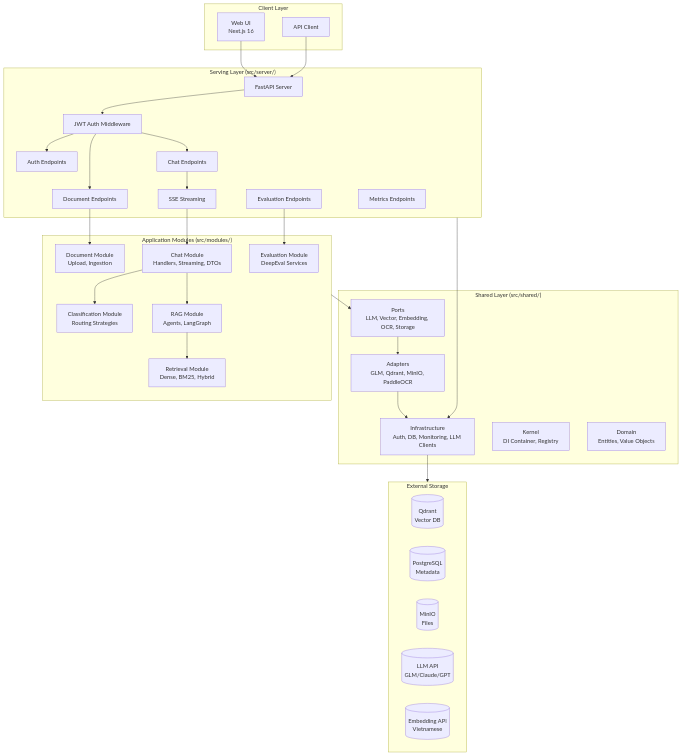
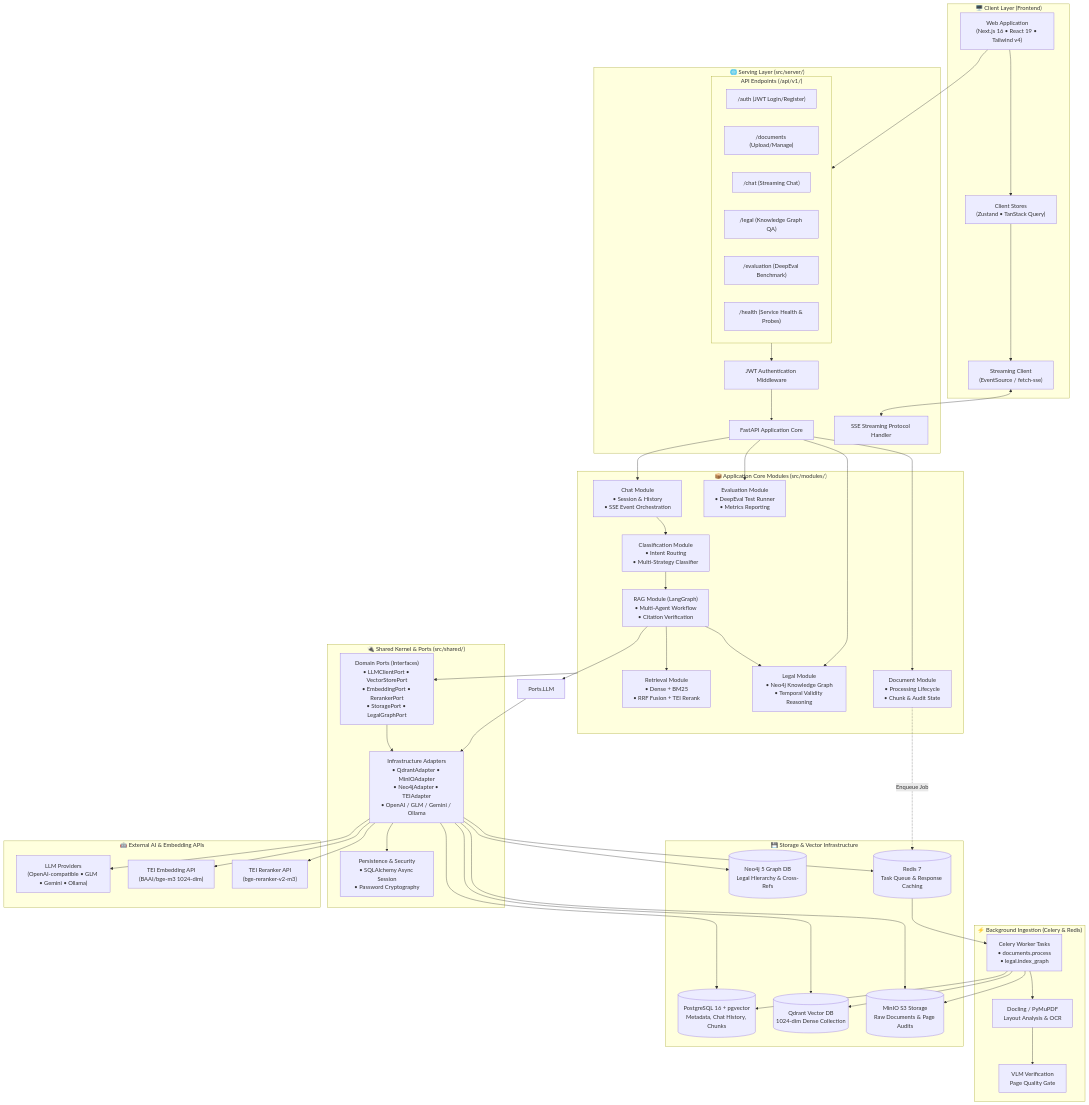
One commit to vuongngochau2004/kira changed the first of 7 diagrams in docs/system-architecture.md. Above: the diagram before and after it, drawn with Mermaid. The commit also changed other lines of this file and 7 other files, not shown here.

First line of the commit message:
docs: overhaul system architecture, document pipeline, and README

````diff
--- a/docs/system-architecture.md
+++ b/docs/system-architecture.md
@@ -7,62 +11,88 @@
 ```mermaid
-graph TB
-    subgraph Clients["Client Layer"]
-        WebUI[Web UI<br/>Next.js 16]
-        APIKey[API Client]
+---
+config:
+  theme: default
+  look: classic
+---
+flowchart TB
+    subgraph Clients["🖥️ Client Layer (Frontend)"]
+        WebUI["Web Application<br/>(Next.js 16 • React 19 • Tailwind v4)"]
+        ZustandStore["Client Stores<br/>(Zustand • TanStack Query)"]
+        SSEClient["Streaming Client<br/>(EventSource / fetch-sse)"]
+        WebUI --> ZustandStore --> SSEClient
     end
 
-    subgraph Serving["Serving Layer (src/server/)"]
-        FastAPI[FastAPI Server]
-        AuthJWT[JWT Auth Middleware]
-        SSE[SSE Streaming]
-        AuthEP[Auth Endpoints]
-        DocEP[Document Endpoints]
-        ChatEP[Chat Endpoints]
-        EvalEP[Evaluation Endpoints]
-        MetricsEP[Metrics Endpoints]
+    subgraph Serving["🌐 Serving Layer (src/server/)"]
+        FastAPI["FastAPI Application Core"]
+        AuthMiddleware["JWT Authentication Middleware"]
+        SSEHandler["SSE Streaming Protocol Handler"]
+        
+        subgraph Endpoints["API Endpoints (/api/v1/)"]
+            EP_Auth["/auth (JWT Login/Register)"]
+            EP_Doc["/documents (Upload/Manage)"]
+            EP_Chat["/chat (Streaming Chat)"]
+            EP_Legal["/legal (Knowledge Graph QA)"]
+            EP_Eval["/evaluation (DeepEval Benchmark)"]
+            EP_Health["/health (Service Health & Probes)"]
+        end
     end
 
-    subgraph Modules["Application Modules (src/modules/)"]
-        ChatMod[Chat Module<br/>Handlers, Streaming, DTOs]
-        ClassMod[Classification Module<br/>Routing Strategies]
-        DocMod[Document Module<br/>Upload, Ingestion]
-        EvalMod[Evaluation Module<br/>DeepEval Services]
-        RAGMod[RAG Module<br/>Agents, LangGraph]
-        RetMod[Retrieval Module<br/>Dense, BM25, Hybrid]
+    subgraph Modules["📦 Application Core Modules (src/modules/)"]
+        ChatMod["Chat Module<br/>• Session & History<br/>• SSE Event Orchestration"]
+        ClassMod["Classification Module<br/>• Intent Routing<br/>• Multi-Strategy Classifier"]
+        RAGMod["RAG Module (LangGraph)<br/>• Multi-Agent Workflow<br/>• Citation Verification"]
+        RetMod["Retrieval Module<br/>• Dense + BM25<br/>• RRF Fusion + TEI Rerank"]
+        LegalMod["Legal Module<br/>• Neo4j Knowledge Graph<br/>• Temporal Validity Reasoning"]
+        DocMod["Document Module<br/>• Processing Lifecycle<br/>• Chunk & Audit State"]
+        EvalMod["Evaluation Module<br/>• DeepEval Test Runner<br/>• Metrics Reporting"]
     end
 
-    subgraph Shared["Shared Layer (src/shared/)"]
-        Ports[Ports<br/>LLM, Vector, Embedding, OCR, Storage]
-        Adapters[Adapters<br/>GLM, Qdrant, MinIO, PaddleOCR]
-        Infra[Infrastructure<br/>Auth, DB, Monitoring, LLM Clients]
-        Kernel[Kernel<br/>DI Container, Registry]
-        Domain[Domain<br/>Entities, Value Objects]
+    subgraph Background["⚡ Background Ingestion (Celery & Redis)"]
+        CeleryWorker["Celery Worker Tasks<br/>• documents.process<br/>• legal.index_graph"]
+        DoclingExtractor["Docling / PyMuPDF<br/>Layout Analysis & OCR"]
+        VLMVerifier["VLM Verification<br/>Page Quality Gate"]
     end
 
-    subgraph Storage["External Storage"]
-        QdrantDB[(Qdrant<br/>Vector DB)]
-        PGDB[(PostgreSQL<br/>Metadata)]
-        MinIO[(MinIO<br/>Files)]
-        LLMService[(LLM API<br/>GLM/Claude/GPT)]
-        EmbedAPI[(Embedding API<br/>Vietnamese)]
+    subgraph Shared["🔌 Shared Kernel & Ports (src/shared/)"]
+        Ports["Domain Ports (Interfaces)<br/>• LLMClientPort • VectorStorePort<br/>• EmbeddingPort • RerankerPort<br/>• StoragePort • LegalGraphPort"]
+        Adapters["Infrastructure Adapters<br/>• QdrantAdapter • MinIOAdapter<br/>• Neo4jAdapter • TEIAdapter<br/>• OpenAI / GLM / Gemini / Ollama"]
+        Infra["Persistence & Security<br/>• SQLAlchemy Async Session<br/>• Password Cryptography"]
     end
 
-    WebUI --> FastAPI
-    APIKey --> FastAPI
-    FastAPI --> AuthJWT
-    AuthJWT --> AuthEP
-    AuthJWT --> DocEP
-    AuthJWT --> ChatEP
-    ChatEP --> SSE
-    SSE --> ChatMod
-    ChatMod --> ClassMod
-    ChatMod --> RAGMod
-    RAGMod --> RetMod
-    DocEP --> DocMod
-    EvalEP --> EvalMod
+    subgraph Persistence["💾 Storage & Vector Infrastructure"]
+        PG[("PostgreSQL 16 + pgvector<br/>Metadata, Chat History, Chunks")]
+        QdrantDB[("Qdrant Vector DB<br/>1024-dim Dense Collection")]
+        Neo4jDB[("Neo4j 5 Graph DB<br/>Legal Hierarchy & Cross-Refs")]
+        MinIODB[("MinIO S3 Storage<br/>Raw Documents & Page Audits")]
+        RedisDB[("Redis 7<br/>Task Queue & Response Caching")]
+    end
+
+    subgraph ExternalServices["🤖 External AI & Embedding APIs"]
+        LLMProviders["LLM Providers<br/>(OpenAI-compatible • GLM • Gemini • Ollama)"]
+        TEIEmbedding["TEI Embedding API<br/>(BAAI/bge-m3 1024-dim)"]
+        TEIReranker["TEI Reranker API<br/>(bge-reranker-v2-m3)"]
+    end
+
+    %% Client to Serving
+    SSEClient <--> SSEHandler
+    WebUI --> Endpoints
+    Endpoints --> AuthMiddleware --> FastAPI
+
+    %% Serving to Modules
+    FastAPI --> ChatMod & DocMod & LegalMod & EvalMod
+    ChatMod --> ClassMod --> RAGMod
+    RAGMod --> RetMod & LegalMod
+    RAGMod --> LLModPorts["Ports.LLM"] --> Adapters
+    DocMod -. Enqueue Job .-> RedisDB --> CeleryWorker
+    CeleryWorker --> DoclingExtractor --> VLMVerifier
+
+    %% Modules to Ports & Adapters
     Modules --> Ports
     Ports --> Adapters
-    Serving --> Infra
     Adapters --> Infra
-    Infra --> Storage
+
+    %% Worker & Adapters to Storage
+    CeleryWorker --> MinIODB & PG & QdrantDB
+    Adapters --> PG & QdrantDB & Neo4jDB & MinIODB & RedisDB
+    Adapters --> LLMProviders & TEIEmbedding & TEIReranker
 ```
````
